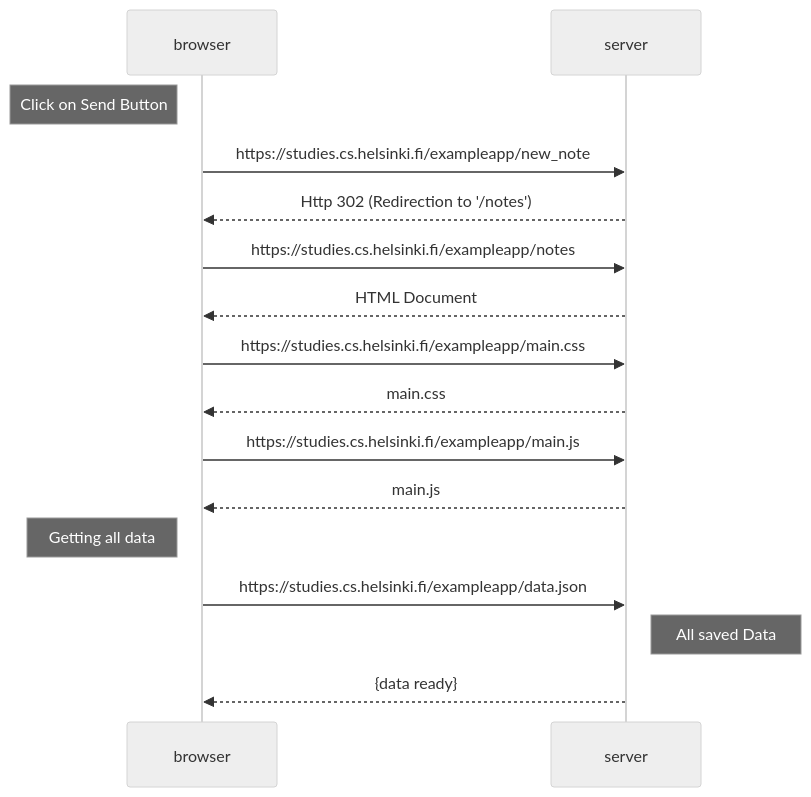
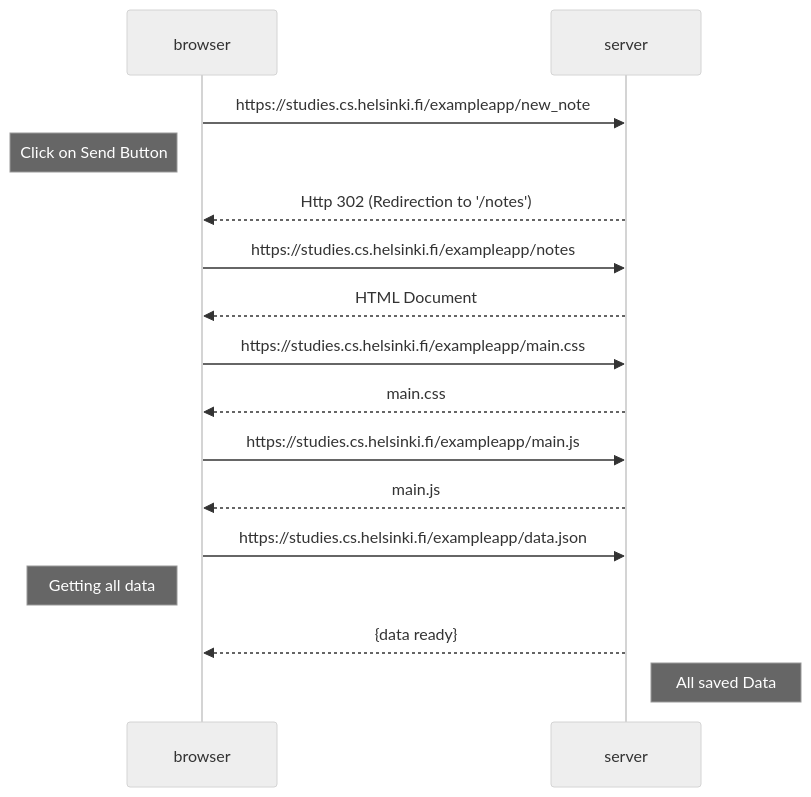
Before and after one commit to ArielCS0625/Ejercicios-0.4-0.6-: the diagram in 04.md, drawn with Mermaid (neutral theme).

````diff
--- a/04.md
+++ b/04.md
@@ -1,24 +1,26 @@
   ```mermaid
   sequenceDiagram
       participant browser
       participant server
-Note left of browser: Click on Send Button
+
       browser->>server: https://studies.cs.helsinki.fi/exampleapp/new_note
+      Note left of browser: Click on Send Button
       server-->>browser: Http 302 (Redirection to '/notes')
 
       browser->>server: https://studies.cs.helsinki.fi/exampleapp/notes
       server-->>browser: HTML Document
 
       browser->>server: https://studies.cs.helsinki.fi/exampleapp/main.css
       server-->>browser: main.css
 
       browser->>server: https://studies.cs.helsinki.fi/exampleapp/main.js
       server-->>browser: main.js
 
-Note left of browser: Getting all data
+
       browser->>server: https://studies.cs.helsinki.fi/exampleapp/data.json
-Note right of server: All saved Data
+      Note left of browser: Getting all data
       server-->>browser: {data ready}
+      Note right of server: All saved Data
 
  
   ```
````
